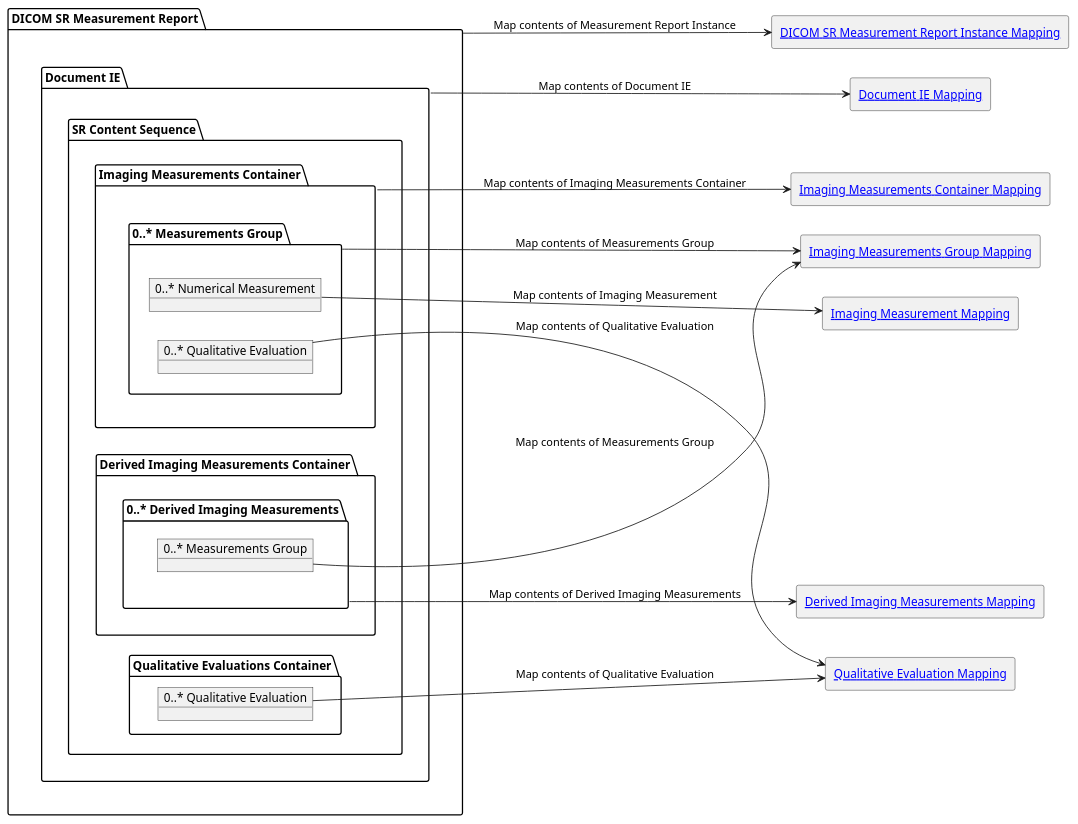
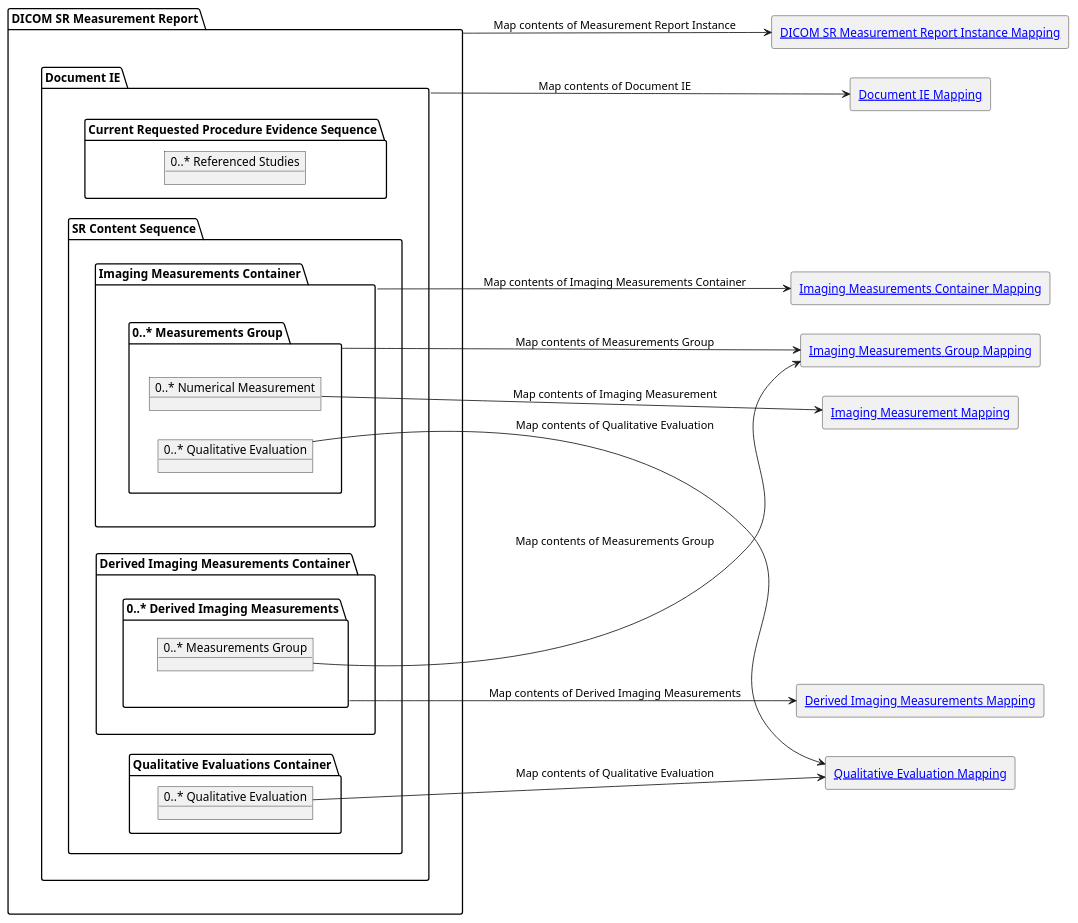
The diagram in input/images-source/4_1_dicom_sr_measurement_report_mapping_overview.plantuml (HL7/dicom-sr), drawn with PlantUML before and after one commit. The commit also changed 21 other files, not shown here.

```diff
--- a/input/images-source/4_1_dicom_sr_measurement_report_mapping_overview.plantuml
+++ b/input/images-source/4_1_dicom_sr_measurement_report_mapping_overview.plantuml
@@ -1,44 +1,47 @@
 @startuml dicom_sr_measurement_report_mapping_overview
 skinparam componentStyle rectangle
 allowmixing
 left to right direction
 package "DICOM SR Measurement Report" as measurementReport {
     package "Document IE" as documentIE {
+        package "Current Requested Procedure Evidence Sequence" as evidenceSequence {
+            object "0..* Referenced Studies" as referencedStudies
+        }
         package "SR Content Sequence" as srContentSequence {
             package "Imaging Measurements Container" as imagingMeasurementsContainer {
                 package "0..* Measurements Group" as measurementsGroup {
                     object "0..* Numerical Measurement" as numericalMeasurement
                     object "0..* Qualitative Evaluation" as measurementGroupQualitativeEvaluation
                 }
             }
             package "Derived Imaging Measurements Container" as derivedImagingMeasurementsContainer {
                 package "0..* Derived Imaging Measurements" as derivedImagingMeasurements {
                     object "0..* Measurements Group" as derivedMeasurementsGroup
                 }
             }
             package "Qualitative Evaluations Container" as qualitativeEvaluationsContainer {
                 object "0..* Qualitative Evaluation" as qualitativeEvaluation
             }
         }
     }
 }
 
 component "[[mapping.html#dicom-sr-measurement-report-instance-mapping DICOM SR Measurement Report Instance Mapping]]" as measurementReportInstanceMapping
 component "[[mapping.html#document-ie-mapping Document IE Mapping]]" as documentIEMapping
 component "[[mapping.html#imaging-measurements-container-mapping Imaging Measurements Container Mapping]]" as imagingMeasurementsContainerMapping
 component "[[mapping.html#imaging-measurement-group-mapping Imaging Measurements Group Mapping]]" as imagingMeasurementGroupMapping
 component "[[mapping.html#imaging-measurement-mapping Imaging Measurement Mapping]]" as imagingMeasurementMapping
 component "[[mapping.html#imaging-qualitative-evaluation-mapping Qualitative Evaluation Mapping]]" as qualitativeEvaluationMapping
 component "[[mapping.html#derived-imaging-measurement-mapping Derived Imaging Measurements Mapping]]" as derivedImagingMeasurementsMapping
 
 measurementReport --> measurementReportInstanceMapping: Map contents of Measurement Report Instance
 documentIE --> documentIEMapping: Map contents of Document IE
 imagingMeasurementsContainer --> imagingMeasurementsContainerMapping: Map contents of Imaging Measurements Container
 measurementsGroup --> imagingMeasurementGroupMapping: Map contents of Measurements Group
 numericalMeasurement --> imagingMeasurementMapping: Map contents of Imaging Measurement
 measurementGroupQualitativeEvaluation --> qualitativeEvaluationMapping: Map contents of Qualitative Evaluation
 derivedImagingMeasurements --> derivedImagingMeasurementsMapping: Map contents of Derived Imaging Measurements
 derivedMeasurementsGroup --> imagingMeasurementGroupMapping: Map contents of Measurements Group
 qualitativeEvaluation --> qualitativeEvaluationMapping: Map contents of Qualitative Evaluation
 
 @enduml
```
